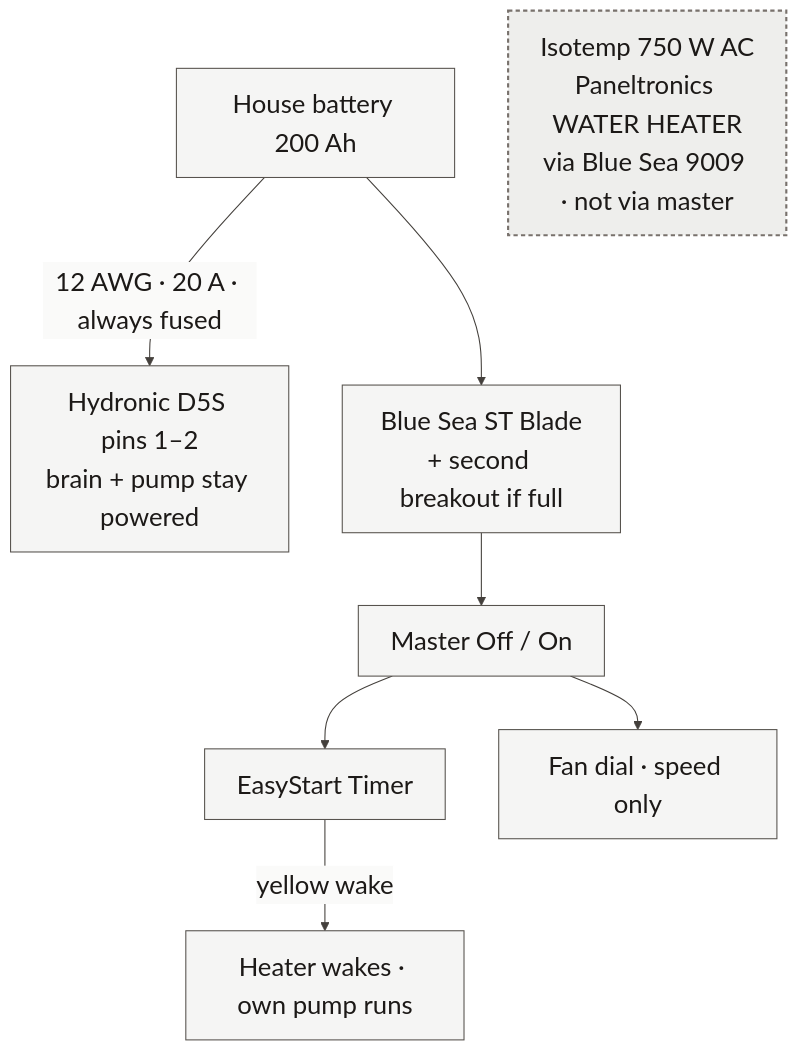
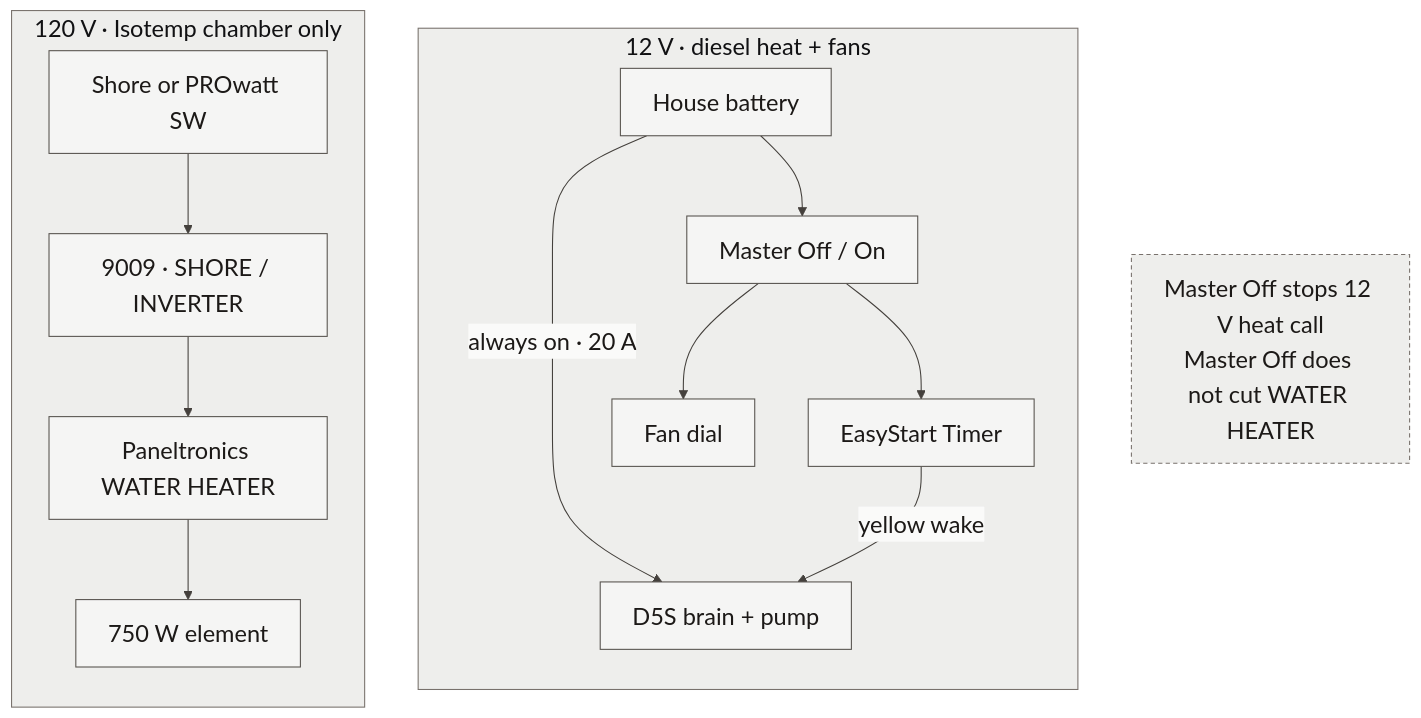
One commit to benracine/sprinter-heat changed the diagram in book/diagrams/electrical.mmd. Above: the diagram before and after it, drawn with Mermaid. The commit also changed 10 other files, not shown here.

```diff
--- a/book/diagrams/electrical.mmd
+++ b/book/diagrams/electrical.mmd
@@ -1,15 +1,24 @@
-%%{init: {'theme':'base','themeVariables': {'background':'#fafaf9','primaryColor':'#f5f5f4','primaryTextColor':'#1c1917','primaryBorderColor':'#57534e','lineColor':'#44403c','secondaryColor':'#e7e5e4','tertiaryColor':'#eeeeec','fontFamily':'Avenir Next, Avenir, Helvetica Neue, sans-serif','fontSize':'24px','textColor':'#1c1917','mainBkg':'#f5f5f4','clusterBkg':'#eeeeec','clusterBorder':'#78716c','edgeLabelBackground':'#fafaf9'}}}%%
+%%{init: {'theme':'base','themeVariables': {'background':'#fafaf9','primaryColor':'#f5f5f4','primaryTextColor':'#1c1917','primaryBorderColor':'#57534e','lineColor':'#44403c','secondaryColor':'#e7e5e4','tertiaryColor':'#eeeeec','fontFamily':'Avenir Next, Avenir, Helvetica Neue, sans-serif','fontSize':'22px','textColor':'#1c1917','mainBkg':'#f5f5f4','clusterBkg':'#eeeeec','clusterBorder':'#78716c','edgeLabelBackground':'#fafaf9'}}}%%
 flowchart TB
-  BAT["House battery 200 Ah"]
-  BAT -->|"12 AWG · 20 A · always fused"| HEAT["Hydronic D5S pins 1–2<br/>brain + pump stay powered"]
-  BAT --> BS["Blue Sea ST Blade<br/>+ second breakout if full"]
-  BS --> M["Master Off / On"]
-  M --> ES["EasyStart Timer"]
-  M --> FAN["Fan dial · speed only"]
-  ES -->|"yellow wake"| RUN["Heater wakes · own pump runs"]
-  AC["Isotemp 750 W AC<br/>Paneltronics WATER HEATER<br/>via Blue Sea 9009 · not via master"]
+  subgraph DC["12 V · diesel heat + fans"]
+    direction TB
+    BAT["House battery"]
+    BAT -->|"always on · 20 A"| BRAIN["D5S brain + pump"]
+    BAT --> M["Master Off / On"]
+    M --> ES["EasyStart Timer"]
+    M --> FAN["Fan dial"]
+    ES -->|"yellow wake"| BRAIN
+  end
+  subgraph AC["120 V · Isotemp chamber only"]
+    direction TB
+    SRC["Shore or PROwatt SW"]
+    SRC --> R9["9009 · SHORE / INVERTER"]
+    R9 --> PT["Paneltronics WATER HEATER"]
+    PT --> EL["750 W element"]
+  end
+  LOCK["Master Off stops 12 V heat call<br/>Master Off does not cut WATER HEATER"]
 
   classDef solid fill:#f5f5f4,stroke:#57534e,stroke-width:1px,color:#1c1917;
-  classDef open fill:#eeeeec,stroke:#78716c,stroke-width:2px,stroke-dasharray:4 3,color:#1c1917;
-  class BAT,HEAT,BS,M,ES,FAN,RUN solid;
-  class AC open;
+  classDef note fill:#eeeeec,stroke:#78716c,stroke-width:1px,stroke-dasharray:4 3,color:#1c1917;
+  class BAT,BRAIN,M,ES,FAN,SRC,R9,PT,EL solid;
+  class LOCK note;
```
